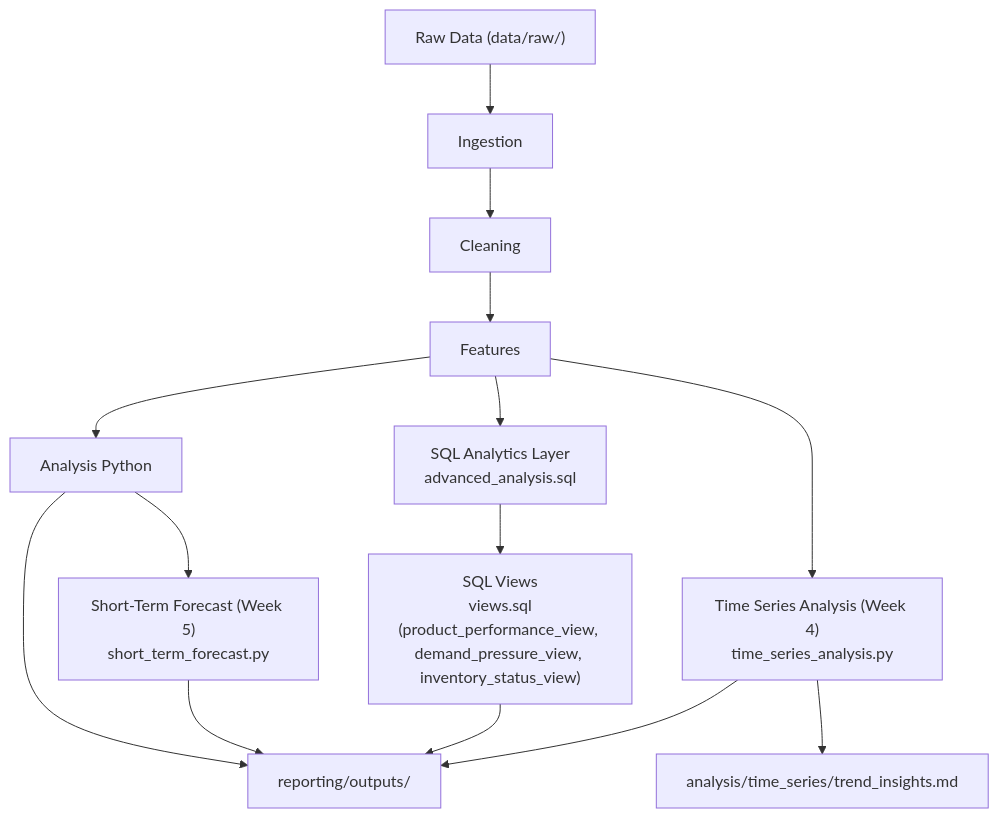
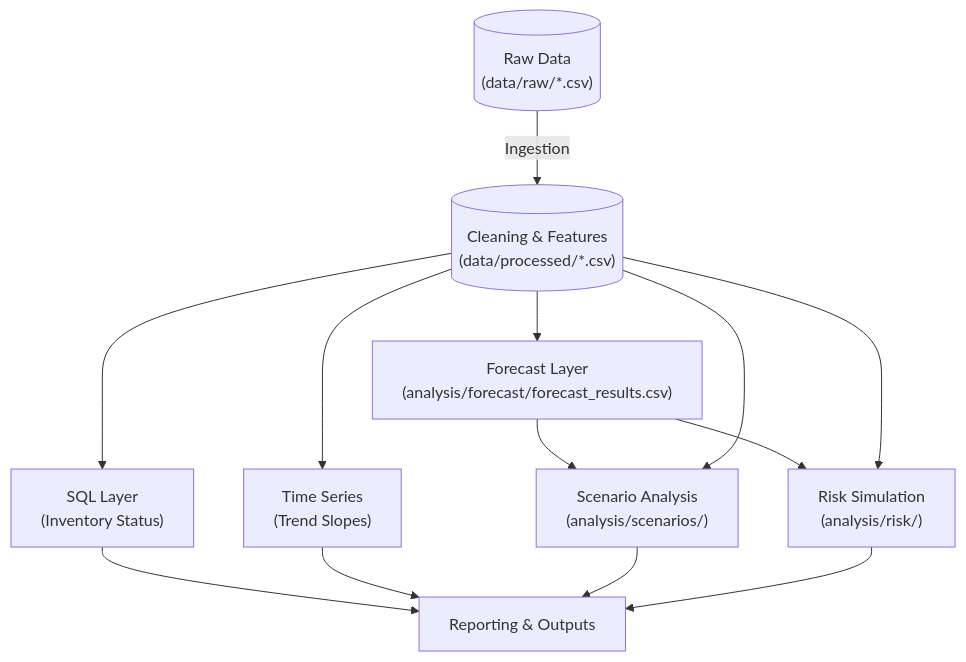
Before and after one commit to MarwanSaad20/DATA_ANALYSIS: the diagram in dss_sales_inventory/README.md, drawn with Mermaid. The commit also changed other lines of this file and 17 other files, not shown here.

````diff
--- a/dss_sales_inventory/README.md
+++ b/dss_sales_inventory/README.md
@@ -94,16 +114,35 @@
 ```mermaid
 graph TD
-    Raw["Raw Data (data/raw/)"] --> Ingestion
-    Ingestion --> Cleaning
-    Cleaning --> Features
-    Features --> Analysis["Analysis Python"]
-    Features --> SQLLayer["SQL Analytics Layer<br>advanced_analysis.sql"]
-    SQLLayer --> Views["SQL Views<br>views.sql<br>(product_performance_view, demand_pressure_view, inventory_status_view)"]
-    Analysis --> Reporting["reporting/outputs/"]
-    Views --> Reporting
-    Analysis --> Forecast["Short-Term Forecast (Week 5)<br>short_term_forecast.py"]
-    Forecast --> Reporting
-    Features --> TimeSeries["Time Series Analysis (Week 4)<br>time_series_analysis.py"]
-    TimeSeries --> Reporting
-    TimeSeries --> MarkdownReport["analysis/time_series/trend_insights.md"]
+    %% Nodes
+    RAW[("Raw Data<br/>(data/raw/*.csv)")]
+    CLEAN[("Cleaning & Features<br/>(data/processed/*.csv)")]
+    
+    SQL["SQL Layer<br/>(Inventory Status)"]
+    TS["Time Series<br/>(Trend Slopes)"]
+    FC["Forecast Layer<br/>(analysis/forecast/forecast_results.csv)"]
+    
+    SCEN["Scenario Analysis<br/>(analysis/scenarios/)"]
+    RISK["Risk Simulation<br/>(analysis/risk/)"]
+    
+    REPORT["Reporting & Outputs"]
+
+    %% Flow
+    RAW --> |Ingestion| CLEAN
+    CLEAN --> SQL
+    CLEAN --> TS
+    CLEAN --> FC
+    
+    %% Dependencies
+    FC --> SCEN
+    CLEAN --> SCEN
+    
+    FC --> RISK
+    CLEAN --> RISK
+    
+    %% Reporting
+    SQL --> REPORT
+    TS --> REPORT
+    SCEN --> REPORT
+    RISK --> REPORT
+
 ```
````
